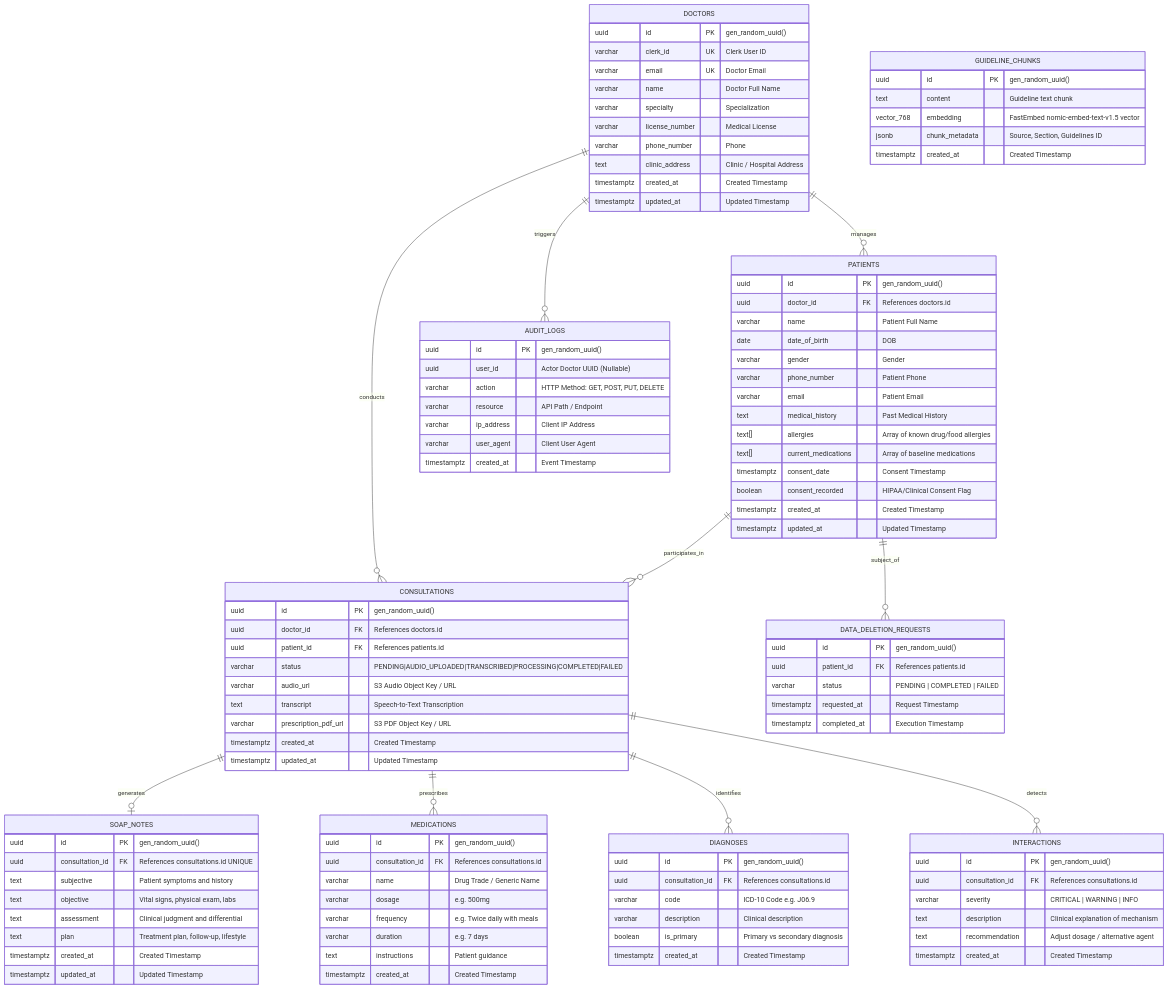
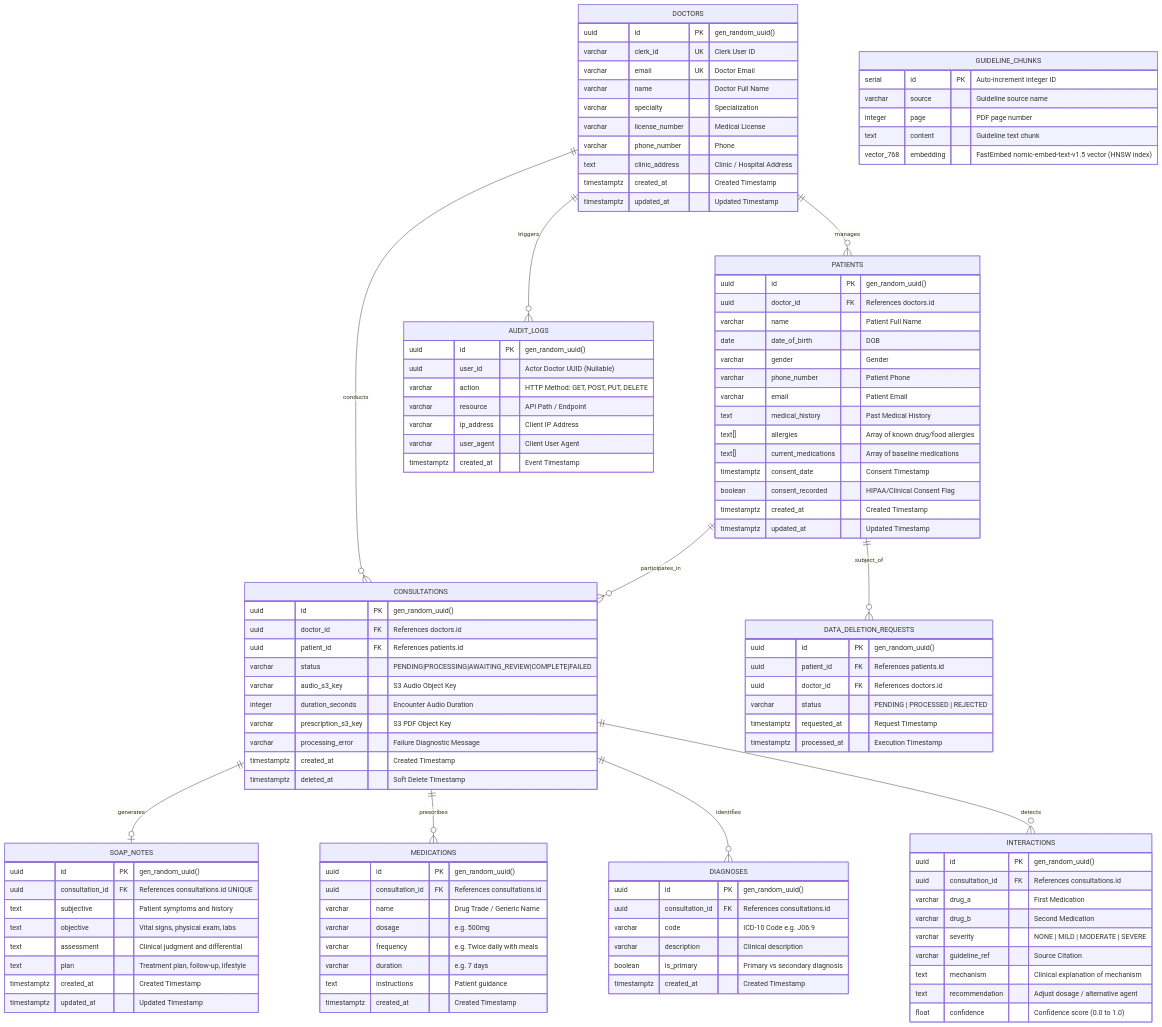
The fourth of 7 diagrams in docs/ARCHITECTURE.md (MayankV004/clearnote), drawn with Mermaid before and after one commit. The commit also changed other lines of this file and 12 other files, not shown here.

Commit message:
refactor: migrate embeddings from Google Gemini to local FastEmbed and add RAG retrieval evaluation tests

````diff
--- a/docs/ARCHITECTURE.md
+++ b/docs/ARCHITECTURE.md
@@ -230,12 +225,13 @@
         uuid id PK "gen_random_uuid()"
         uuid doctor_id FK "References doctors.id"
         uuid patient_id FK "References patients.id"
-        varchar status "PENDING|AUDIO_UPLOADED|TRANSCRIBED|PROCESSING|COMPLETED|FAILED"
-        varchar audio_url "S3 Audio Object Key / URL"
-        text transcript "Speech-to-Text Transcription"
-        varchar prescription_pdf_url "S3 PDF Object Key / URL"
+        varchar status "PENDING|PROCESSING|AWAITING_REVIEW|COMPLETE|FAILED"
+        varchar audio_s3_key "S3 Audio Object Key"
+        integer duration_seconds "Encounter Audio Duration"
+        varchar prescription_s3_key "S3 PDF Object Key"
+        varchar processing_error "Failure Diagnostic Message"
         timestamptz created_at "Created Timestamp"
-        timestamptz updated_at "Updated Timestamp"
+        timestamptz deleted_at "Soft Delete Timestamp"
     }
 
     SOAP_NOTES {
@@ -272,18 +268,21 @@
     INTERACTIONS {
         uuid id PK "gen_random_uuid()"
         uuid consultation_id FK "References consultations.id"
-        varchar severity "CRITICAL | WARNING | INFO"
-        text description "Clinical explanation of mechanism"
+        varchar drug_a "First Medication"
+        varchar drug_b "Second Medication"
+        varchar severity "NONE | MILD | MODERATE | SEVERE"
+        varchar guideline_ref "Source Citation"
+        text mechanism "Clinical explanation of mechanism"
         text recommendation "Adjust dosage / alternative agent"
-        timestamptz created_at "Created Timestamp"
+        float confidence "Confidence score (0.0 to 1.0)"
     }
 
     GUIDELINE_CHUNKS {
-        uuid id PK "gen_random_uuid()"
+        serial id PK "Auto-increment integer ID"
+        varchar source "Guideline source name"
+        integer page "PDF page number"
         text content "Guideline text chunk"
-        vector_768 embedding "FastEmbed nomic-embed-text-v1.5 vector"
-        jsonb chunk_metadata "Source, Section, Guidelines ID"
-        timestamptz created_at "Created Timestamp"
+        vector_768 embedding "FastEmbed nomic-embed-text-v1.5 vector (HNSW index)"
     }
 
     AUDIT_LOGS {
@@ -299,8 +298,9 @@
     DATA_DELETION_REQUESTS {
         uuid id PK "gen_random_uuid()"
         uuid patient_id FK "References patients.id"
-        varchar status "PENDING | COMPLETED | FAILED"
+        uuid doctor_id FK "References doctors.id"
+        varchar status "PENDING | PROCESSED | REJECTED"
         timestamptz requested_at "Request Timestamp"
-        timestamptz completed_at "Execution Timestamp"
+        timestamptz processed_at "Execution Timestamp"
     }
 ```
````
